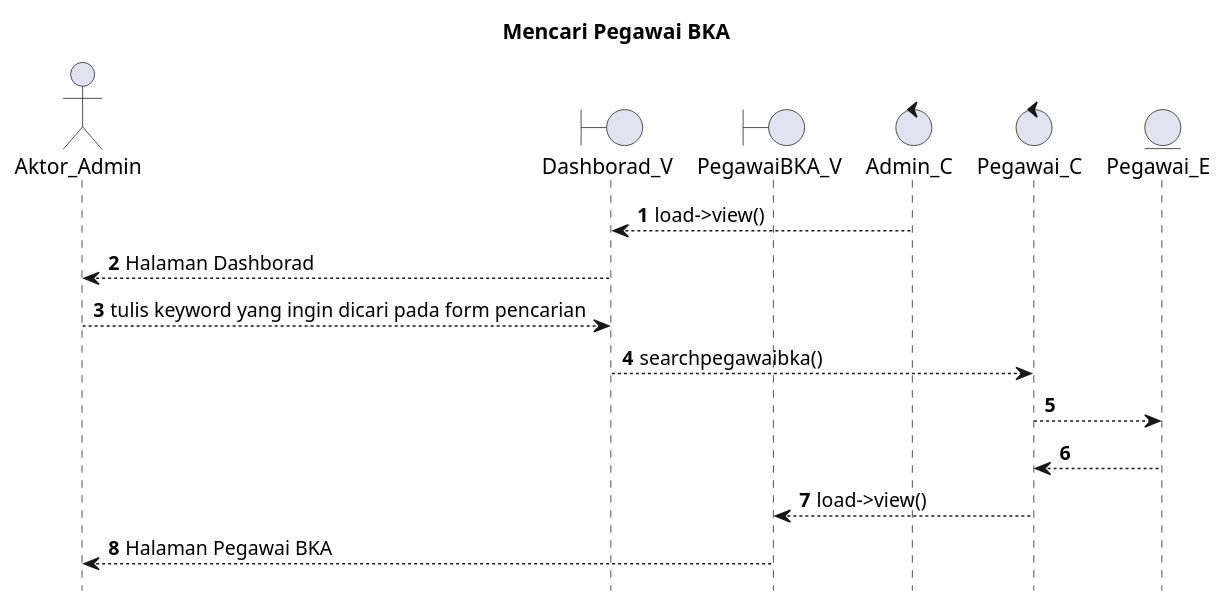
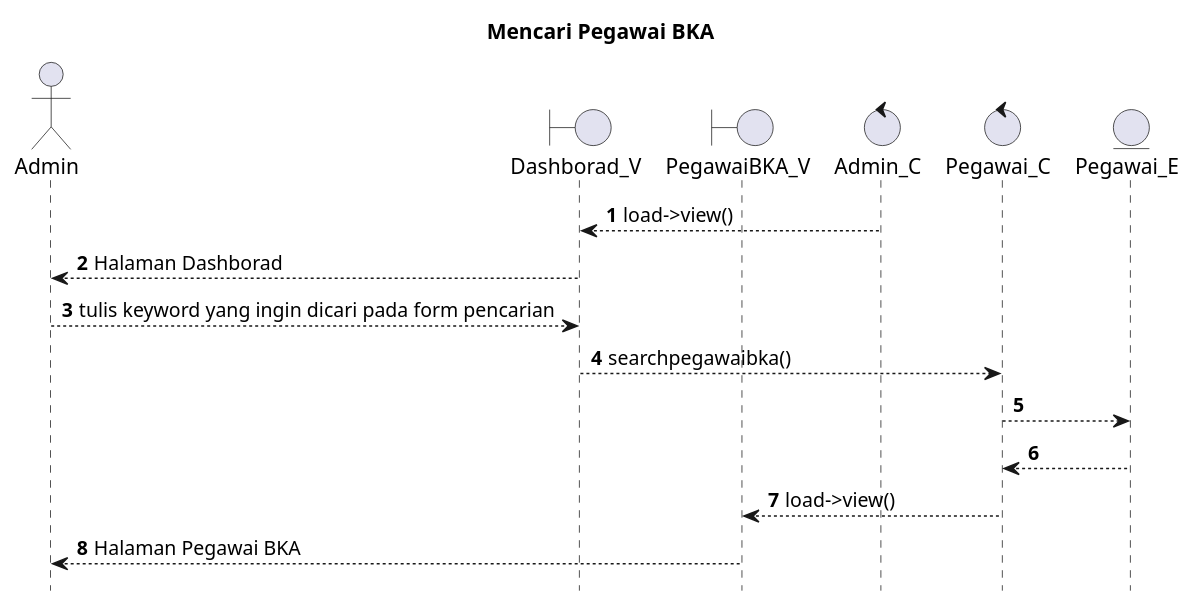
Before and after one commit to kurniado729/sistem_kp: the diagram in SELAIN SISTEM/UML/SEQUENCE/pencarian/admin/SearchPegawaiBKA.puml, drawn with PlantUML. The commit also changed 185 other files, not shown here.

Commit message:
masukkan sequence di laporan

```diff
--- a/SELAIN SISTEM/UML/SEQUENCE/pencarian/admin/SearchPegawaiBKA.puml
+++ b/SELAIN SISTEM/UML/SEQUENCE/pencarian/admin/SearchPegawaiBKA.puml
@@ -1,24 +1,24 @@
 @startuml
 
 autonumber
 hide footbox
 title Mencari Pegawai BKA
 
-Actor Aktor_Admin
+Actor Admin
 boundary Dashborad_V
 boundary PegawaiBKA_V
 control Admin_C
 control Pegawai_C
 Entity Pegawai_E
 
 Admin_C --> Dashborad_V: load->view()
-Dashborad_V --> Aktor_Admin: Halaman Dashborad
-Aktor_Admin --> Dashborad_V: tulis keyword yang ingin dicari pada form pencarian
+Dashborad_V --> Admin: Halaman Dashborad
+Admin --> Dashborad_V: tulis keyword yang ingin dicari pada form pencarian
 Dashborad_V --> Pegawai_C: searchpegawaibka()
 Pegawai_C --> Pegawai_E:
     
     Pegawai_E --> Pegawai_C:
     Pegawai_C --> PegawaiBKA_V: load->view()
-    PegawaiBKA_V --> Aktor_Admin: Halaman Pegawai BKA
+    PegawaiBKA_V --> Admin: Halaman Pegawai BKA
 
 @enduml
```
